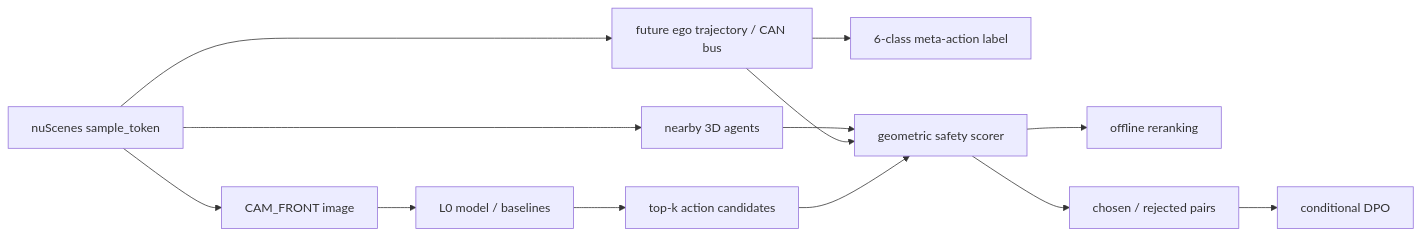
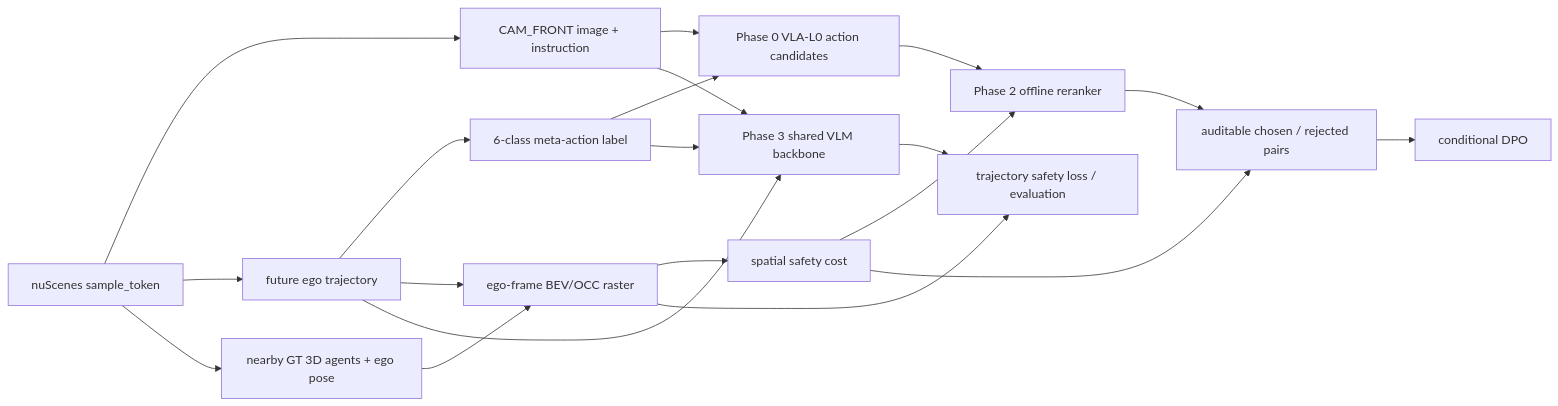
Before and after one commit to TNAG031231/4vla_learning: the diagram in project_mvp_plan.md, drawn with Mermaid. The commit also changed other lines of this file and 3 other files, not shown here.

Commit message:
docs: recalibrate VLA roadmap with BEV/OCC layer

````diff
--- a/project_mvp_plan.md
+++ b/project_mvp_plan.md
@@ -83,15 +48,22 @@
 ```mermaid
 flowchart LR
-    A["nuScenes sample_token"] --> B["CAM_FRONT image"]
-    A --> C["future ego trajectory / CAN bus"]
-    A --> D["nearby 3D agents"]
+    A["nuScenes sample_token"] --> B["CAM_FRONT image + instruction"]
+    A --> C["future ego trajectory"]
+    A --> D["nearby GT 3D agents + ego pose"]
     C --> E["6-class meta-action label"]
-    B --> F["L0 model / baselines"]
-    F --> G["top-k action candidates"]
-    D --> H["geometric safety scorer"]
-    C --> H
-    G --> H
-    H --> I["offline reranking"]
-    H --> J["chosen / rejected pairs"]
+    C --> F["ego-frame BEV/OCC raster"]
+    D --> F
+    B --> G["Phase 0 VLA-L0 action candidates"]
+    E --> G
+    F --> H["spatial safety cost"]
+    G --> I["Phase 2 offline reranker"]
+    H --> I
+    H --> J["auditable chosen / rejected pairs"]
+    I --> J
     J --> K["conditional DPO"]
+    B --> L["Phase 3 shared VLM backbone"]
+    E --> L
+    C --> L
+    F --> M["trajectory safety loss / evaluation"]
+    L --> M
 ```
````
